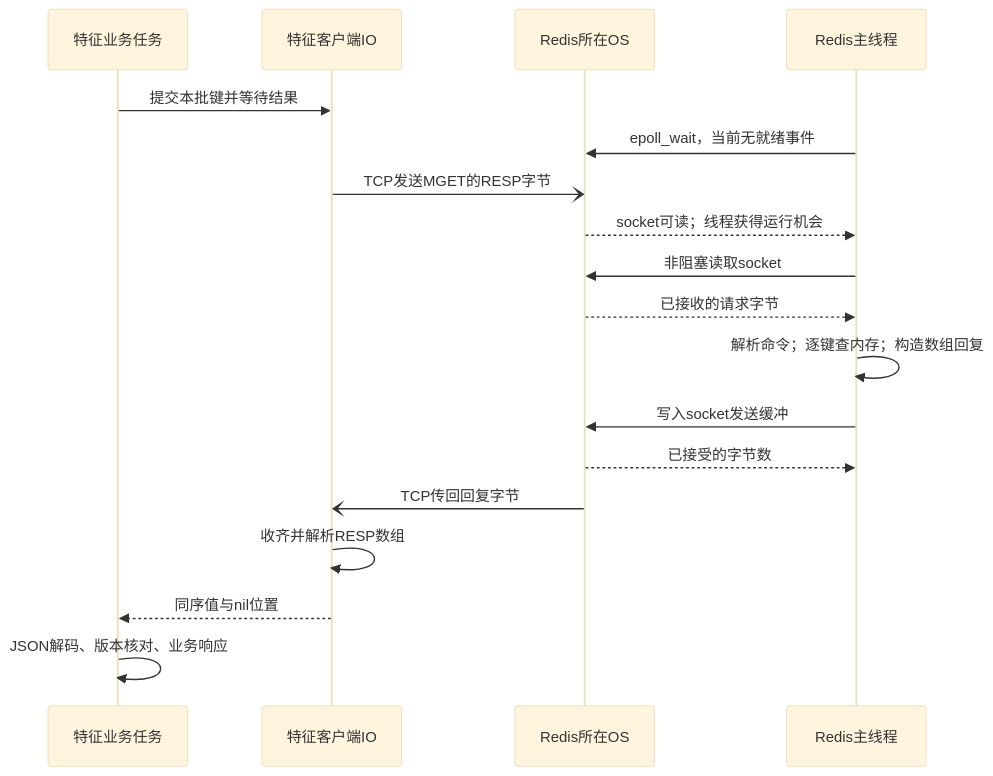
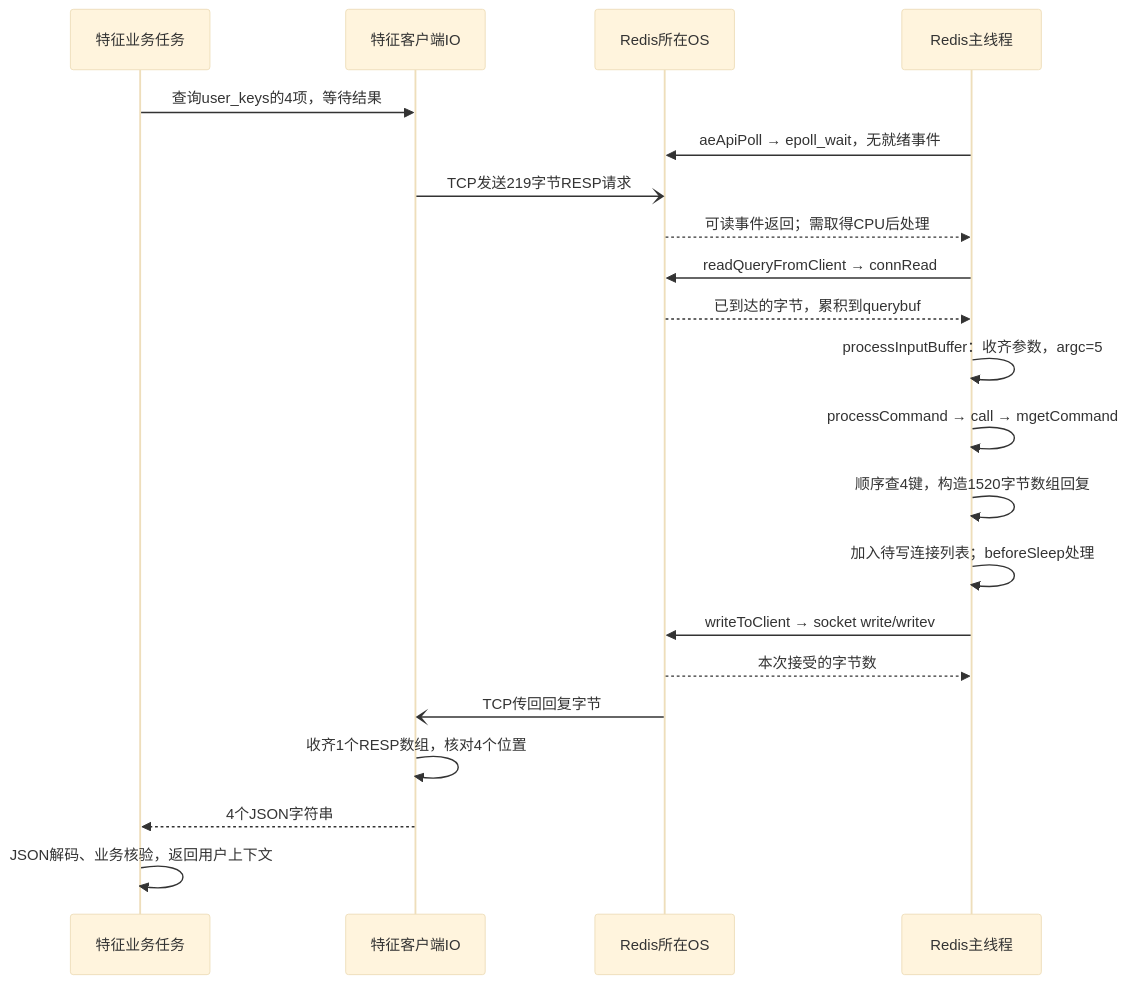
The second of 3 diagrams in 11_redis_workload.md (bitianyuan123/docs), drawn with Mermaid (base theme) before and after one commit. The commit also changed other lines of this file and 110 other files, not shown here.

````diff
--- a/11_redis_workload.md
+++ b/11_redis_workload.md
@@ -172,20 +167,23 @@
 ```mermaid
 sequenceDiagram
     participant F as 特征业务任务
     participant C as 特征客户端IO
     participant K as Redis所在OS
     participant R as Redis主线程
-    F->>C: 提交本批键并等待结果
-    R->>K: epoll_wait，当前无就绪事件
-    C-)K: TCP发送MGET的RESP字节
-    K-->>R: socket可读；线程获得运行机会
-    R->>K: 非阻塞读取socket
-    K-->>R: 已接收的请求字节
-    R->>R: 解析命令；逐键查内存；构造数组回复
-    R->>K: 写入socket发送缓冲
-    K-->>R: 已接受的字节数
+    F->>C: 查询user_keys的4项，等待结果
+    R->>K: aeApiPoll → epoll_wait，无就绪事件
+    C-)K: TCP发送219字节RESP请求
+    K-->>R: 可读事件返回；需取得CPU后处理
+    R->>K: readQueryFromClient → connRead
+    K-->>R: 已到达的字节，累积到querybuf
+    R->>R: processInputBuffer：收齐参数，argc=5
+    R->>R: processCommand → call → mgetCommand
+    R->>R: 顺序查4键，构造1520字节数组回复
+    R->>R: 加入待写连接列表；beforeSleep处理
+    R->>K: writeToClient → socket write/writev
+    K-->>R: 本次接受的字节数
     K-)C: TCP传回回复字节
-    C->>C: 收齐并解析RESP数组
-    C-->>F: 同序值与nil位置
-    F->>F: JSON解码、版本核对、业务响应
+    C->>C: 收齐1个RESP数组，核对4个位置
+    C-->>F: 4个JSON字符串
+    F->>F: JSON解码、业务核验，返回用户上下文
 ```
````
